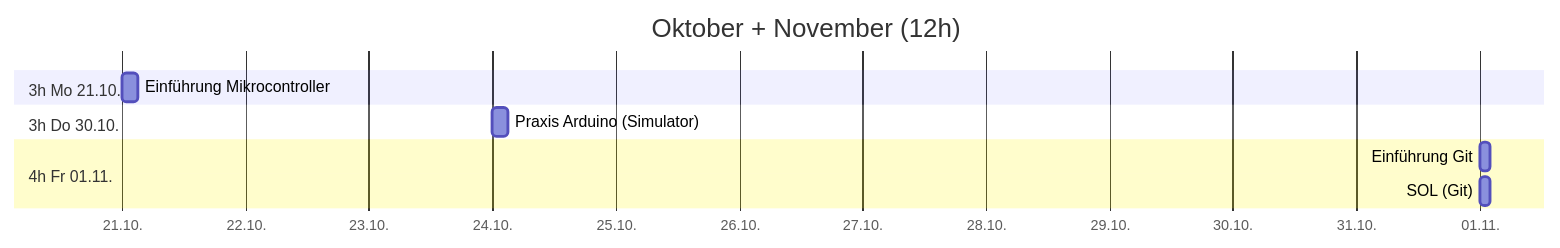
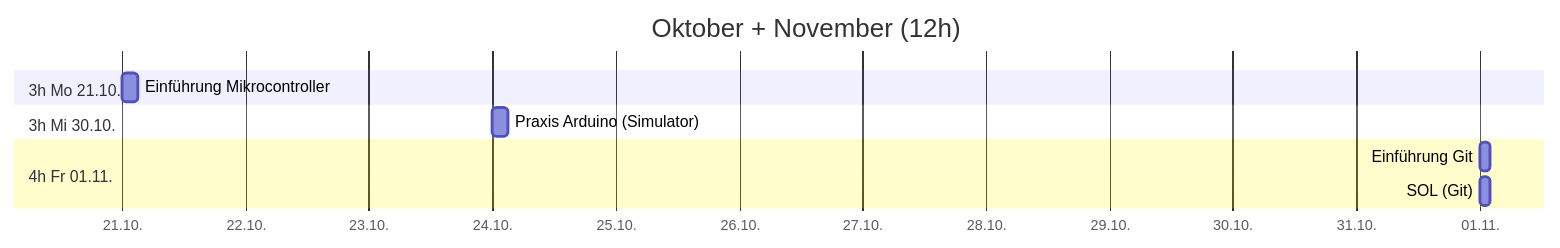
The second of 6 diagrams in src/plan.md (passa-wq/LF7), drawn with Mermaid before and after one commit. The commit also changed 2 other files, not shown here.

Commit message:
pio anleitung für esp8266mod-12-F und esp-WROOM-32

````diff
--- a/src/plan.md
+++ b/src/plan.md
@@ -19,13 +19,13 @@
 ```mermaid
 gantt
  title Oktober + November (12h)
  dateFormat YYYY-MM-DD
  axisFormat %d.%m.
  section 3h Mo 21.10.
   Einführung Mikrocontroller  :2024-10-21, 3h
- section 3h Do 30.10.
+ section 3h Mi 30.10.
   Praxis Arduino (Simulator)  :2024-10-24, 3h
  section 4h Fr 01.11.
   Einführung Git              :2024-11-01, 2h
   SOL (Git)                   :2024-11-01, 2h
 ```
````
